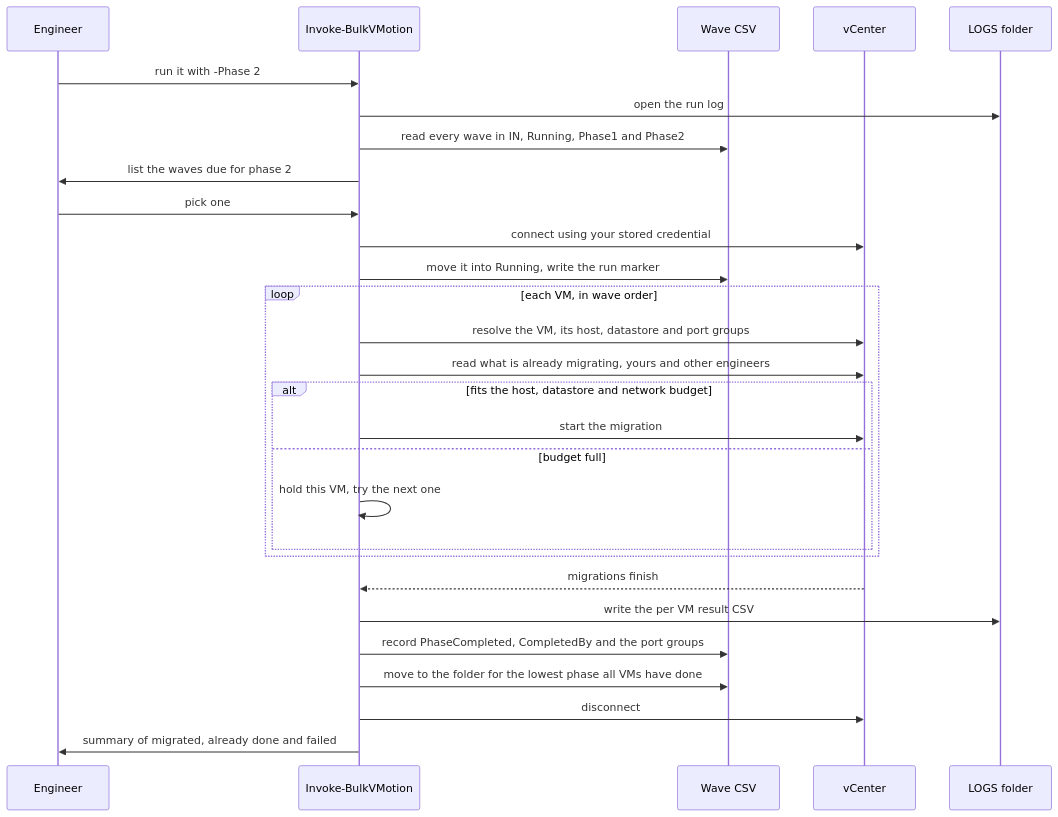
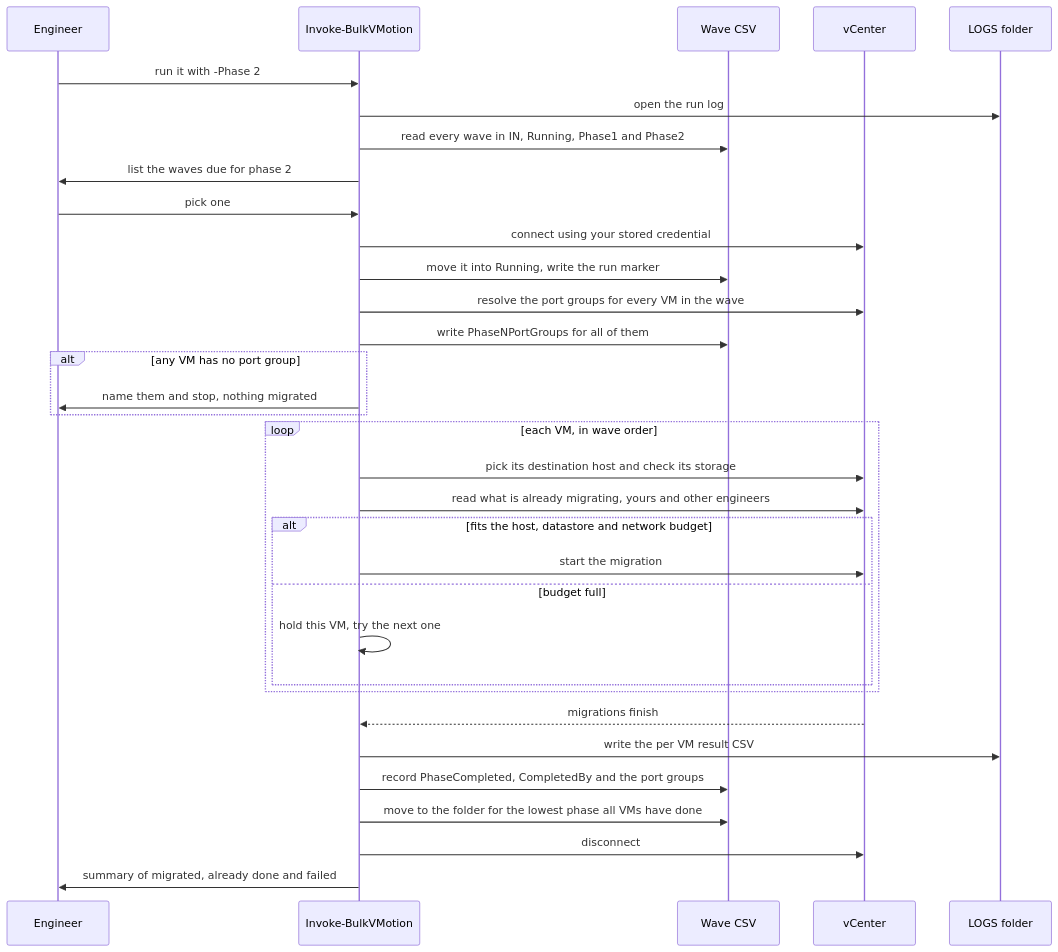
Before and after one commit to dsjodin/Vm-migrate: the second of 2 diagrams in README.md, drawn with Mermaid. The commit also changed other lines of this file and 3 other files, not shown here.

First line of the commit message:
Settle every port group before the wave moves, and abort if one cannot be

````diff
--- a/README.md
+++ b/README.md
@@ -117,33 +118,39 @@
 ```mermaid
 sequenceDiagram
     participant Eng as Engineer
     participant Run as Invoke-BulkVMotion
     participant Wave as Wave CSV
     participant VC as vCenter
     participant Logs as LOGS folder
 
     Eng->>Run: run it with -Phase 2
     Run->>Logs: open the run log
     Run->>Wave: read every wave in IN, Running, Phase1 and Phase2
     Run->>Eng: list the waves due for phase 2
     Eng->>Run: pick one
     Run->>VC: connect using your stored credential
     Run->>Wave: move it into Running, write the run marker
 
+    Run->>VC: resolve the port groups for every VM in the wave
+    Run->>Wave: write PhaseNPortGroups for all of them
+    alt any VM has no port group
+        Run->>Eng: name them and stop, nothing migrated
+    end
+
     loop each VM, in wave order
-        Run->>VC: resolve the VM, its host, datastore and port groups
+        Run->>VC: pick its destination host and check its storage
         Run->>VC: read what is already migrating, yours and other engineers
         alt fits the host, datastore and network budget
             Run->>VC: start the migration
         else budget full
             Run->>Run: hold this VM, try the next one
         end
     end
 
     VC-->>Run: migrations finish
     Run->>Logs: write the per VM result CSV
     Run->>Wave: record PhaseCompleted, CompletedBy and the port groups
     Run->>Wave: move to the folder for the lowest phase all VMs have done
     Run->>VC: disconnect
     Run->>Eng: summary of migrated, already done and failed
 ```
````
